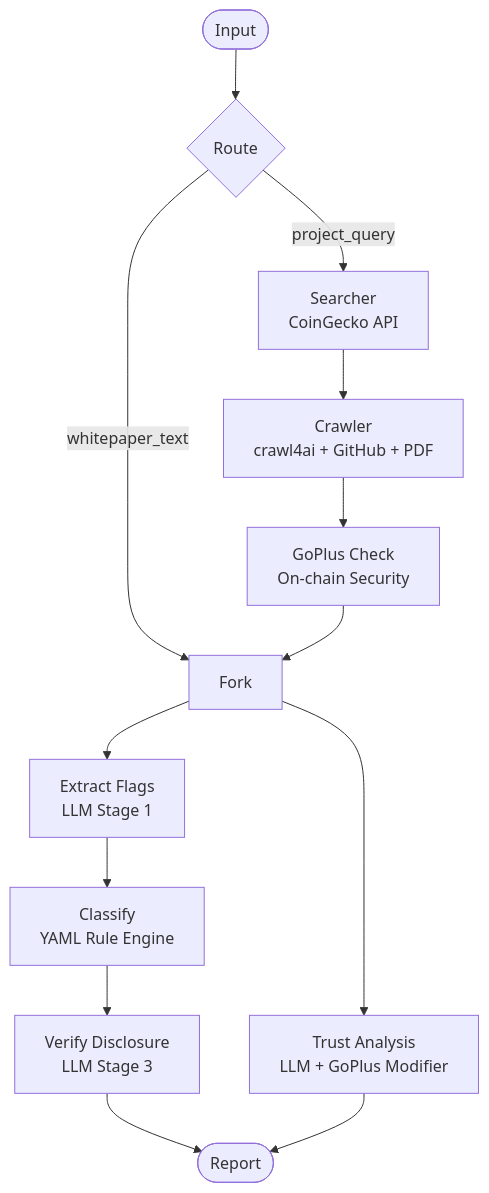
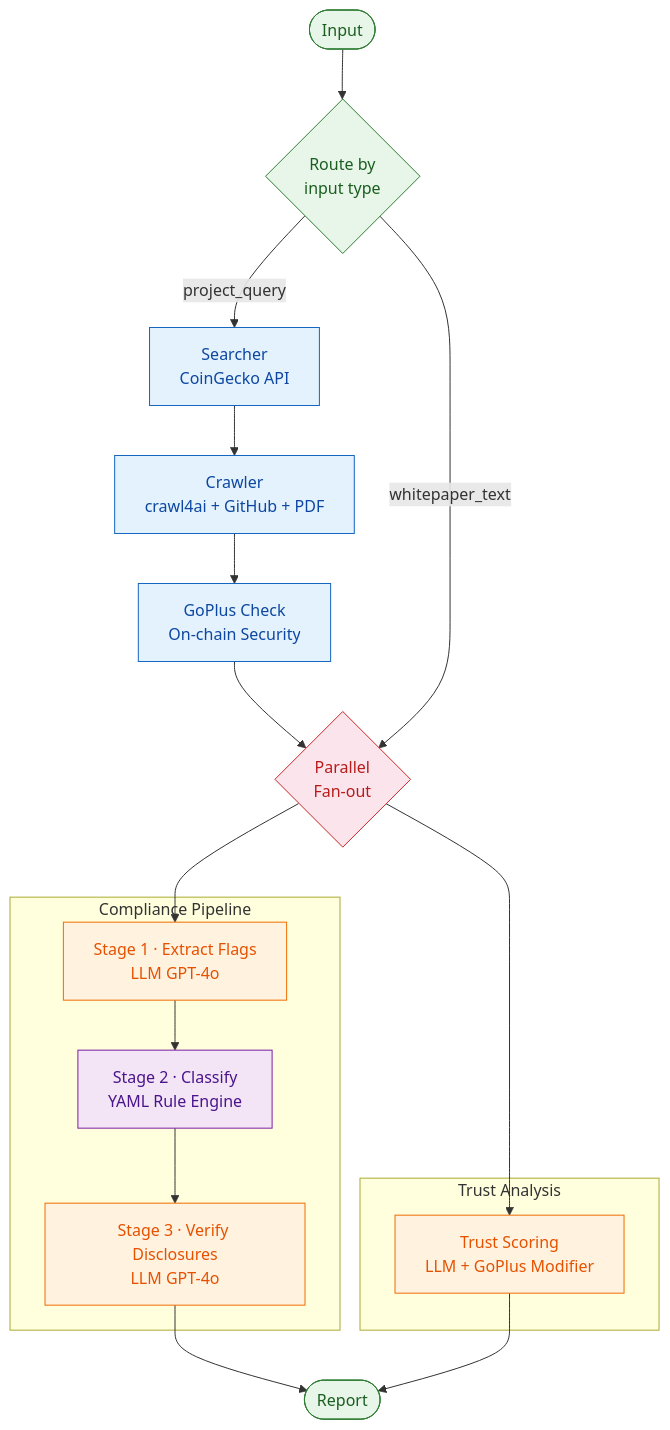
One commit to mariotrerotola/crypto-reg-agent changed the diagram in docs/architecture.md. Above: the diagram before and after it, drawn with Mermaid.

````diff
--- a/docs/architecture.md
+++ b/docs/architecture.md
@@ -19,20 +19,47 @@
 ```mermaid
 graph TD
-    START([Input]) --> ROUTE{Route}
+    START([Input]) --> ROUTE{Route by<br/>input type}
 
+    %% Discovery path
     ROUTE -->|project_query| SEARCHER[Searcher<br/>CoinGecko API]
-    ROUTE -->|whitepaper_text| FORK
-
     SEARCHER --> CRAWLER[Crawler<br/>crawl4ai + GitHub + PDF]
     CRAWLER --> GOPLUS[GoPlus Check<br/>On-chain Security]
-    GOPLUS --> FORK
+    GOPLUS --> FANOUT
 
-    FORK[Fork] --> EXTRACT[Extract Flags<br/>LLM Stage 1]
-    FORK --> TRUST[Trust Analysis<br/>LLM + GoPlus Modifier]
+    %% Direct whitepaper path
+    ROUTE -->|whitepaper_text| FANOUT
 
-    EXTRACT --> CLASSIFY[Classify<br/>YAML Rule Engine]
-    CLASSIFY --> VERIFY[Verify Disclosure<br/>LLM Stage 3]
+    %% Parallel fan-out
+    FANOUT{Parallel<br/>Fan-out} --> EXTRACT
+    FANOUT --> TRUST
 
-    VERIFY --> END_NODE([Report])
-    TRUST --> END_NODE
+    %% Compliance branch (sequential)
+    subgraph compliance [" Compliance Pipeline "]
+        EXTRACT[Stage 1 · Extract Flags<br/>LLM GPT-4o] --> CLASSIFY[Stage 2 · Classify<br/>YAML Rule Engine]
+        CLASSIFY --> VERIFY[Stage 3 · Verify Disclosures<br/>LLM GPT-4o]
+    end
+
+    %% Trust branch (single step)
+    subgraph trust_branch [" Trust Analysis "]
+        TRUST[Trust Scoring<br/>LLM + GoPlus Modifier]
+    end
+
+    %% Merge
+    VERIFY --> REPORT([Report])
+    TRUST --> REPORT
+
+    %% Styling
+    classDef input fill:#e8f5e9,stroke:#2e7d32,color:#1b5e20
+    classDef agent fill:#e3f2fd,stroke:#1565c0,color:#0d47a1
+    classDef llm fill:#fff3e0,stroke:#ef6c00,color:#e65100
+    classDef rules fill:#f3e5f5,stroke:#7b1fa2,color:#4a148c
+    classDef output fill:#e8f5e9,stroke:#2e7d32,color:#1b5e20
+    classDef fork fill:#fce4ec,stroke:#c62828,color:#b71c1c
+
+    class START,ROUTE input
+    class SEARCHER,CRAWLER,GOPLUS agent
+    class EXTRACT,VERIFY,TRUST llm
+    class CLASSIFY rules
+    class REPORT output
+    class FANOUT fork
 ```
````
